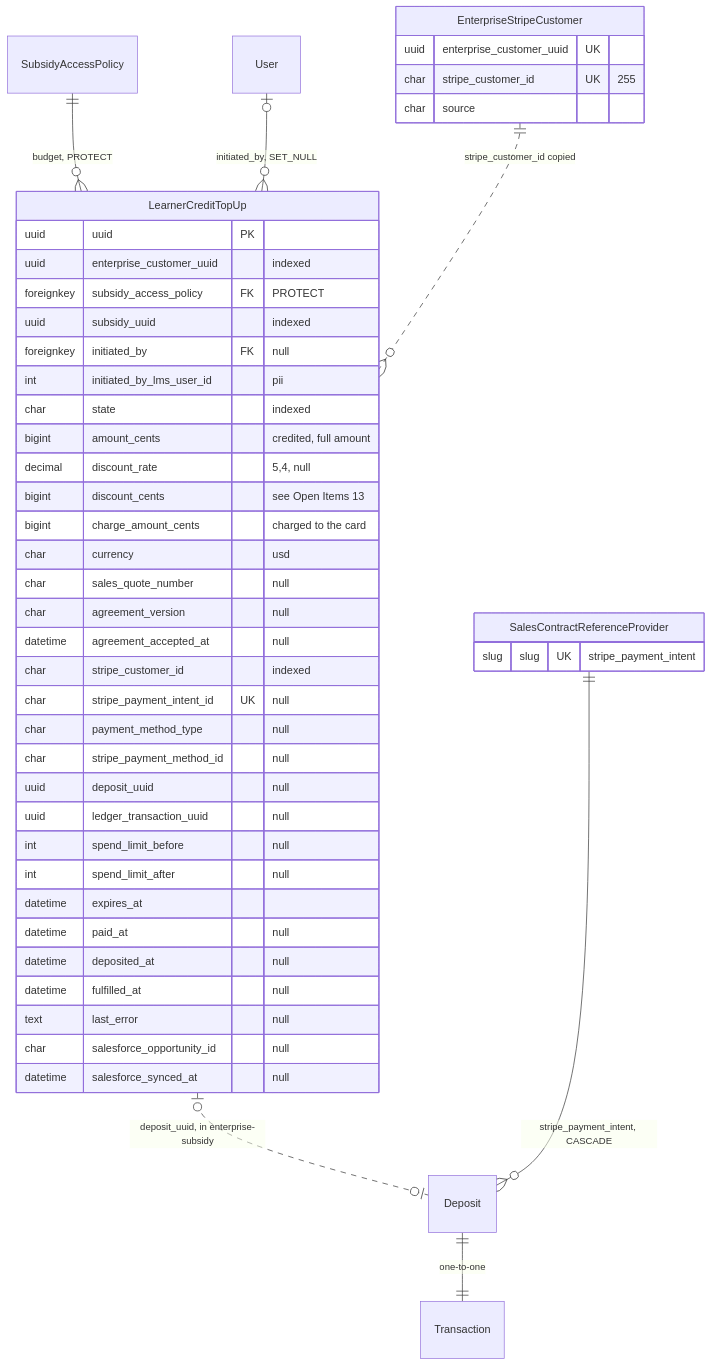
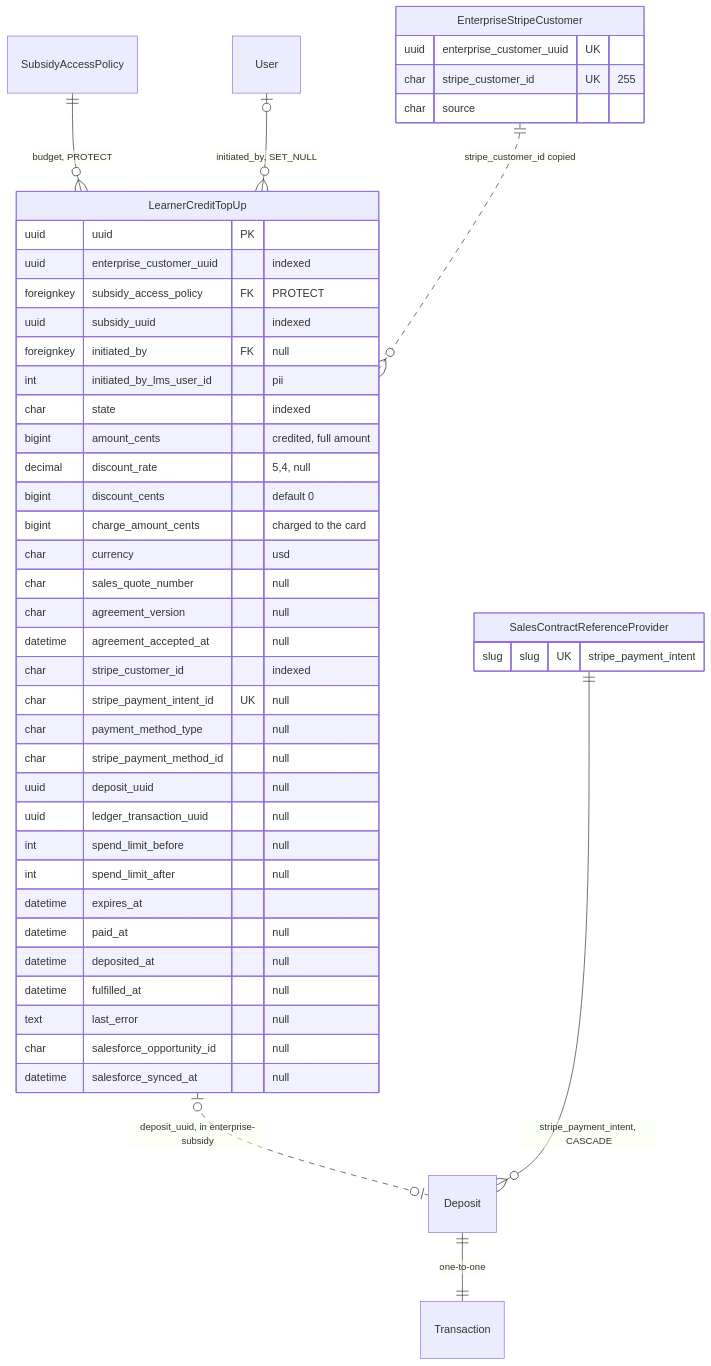
The second of 3 diagrams in docs/plans/impl-plan.md (edx/enterprise-access), drawn with Mermaid before and after one commit. The commit also changed other lines of this file and 1 other file, not shown here.

````diff
--- a/docs/plans/impl-plan.md
+++ b/docs/plans/impl-plan.md
@@ -543,50 +543,50 @@
 ```mermaid
 erDiagram
     SubsidyAccessPolicy ||--o{ LearnerCreditTopUp : "budget, PROTECT"
     User |o--o{ LearnerCreditTopUp : "initiated_by, SET_NULL"
     EnterpriseStripeCustomer ||..o{ LearnerCreditTopUp : "stripe_customer_id copied"
     LearnerCreditTopUp |o..o| Deposit : "deposit_uuid, in enterprise-subsidy"
     Deposit ||--|| Transaction : "one-to-one"
     SalesContractReferenceProvider ||--o{ Deposit : "stripe_payment_intent, CASCADE"
 
     LearnerCreditTopUp {
         uuid uuid PK
         uuid enterprise_customer_uuid "indexed"
         foreignkey subsidy_access_policy FK "PROTECT"
         uuid subsidy_uuid "indexed"
         foreignkey initiated_by FK "null"
         int initiated_by_lms_user_id "pii"
         char state "indexed"
         bigint amount_cents "credited, full amount"
         decimal discount_rate "5,4, null"
-        bigint discount_cents "see Open Items 13"
+        bigint discount_cents "default 0"
         bigint charge_amount_cents "charged to the card"
         char currency "usd"
         char sales_quote_number "null"
         char agreement_version "null"
         datetime agreement_accepted_at "null"
         char stripe_customer_id "indexed"
         char stripe_payment_intent_id UK "null"
         char payment_method_type "null"
         char stripe_payment_method_id "null"
         uuid deposit_uuid "null"
         uuid ledger_transaction_uuid "null"
         int spend_limit_before "null"
         int spend_limit_after "null"
         datetime expires_at
         datetime paid_at "null"
         datetime deposited_at "null"
         datetime fulfilled_at "null"
         text last_error "null"
         char salesforce_opportunity_id "null"
         datetime salesforce_synced_at "null"
     }
     EnterpriseStripeCustomer {
         uuid enterprise_customer_uuid UK
         char stripe_customer_id UK "255"
         char source
     }
     SalesContractReferenceProvider {
         slug slug UK "stripe_payment_intent"
     }
 ```
````
